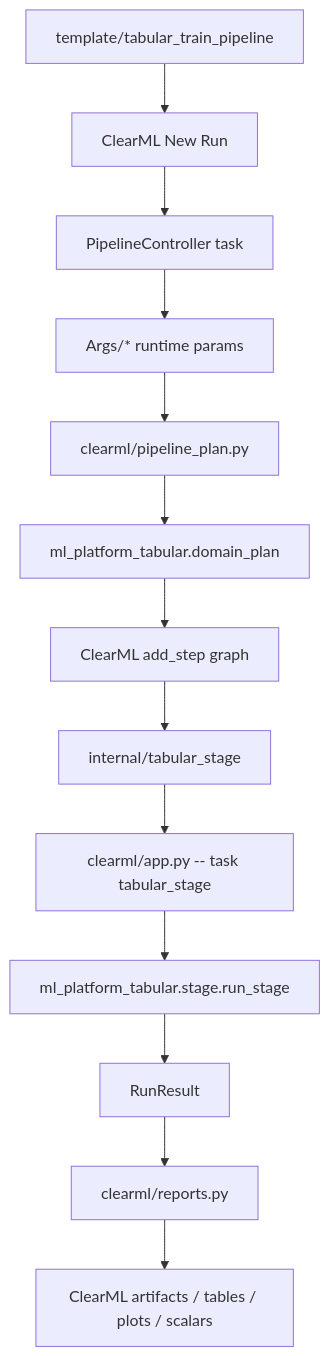
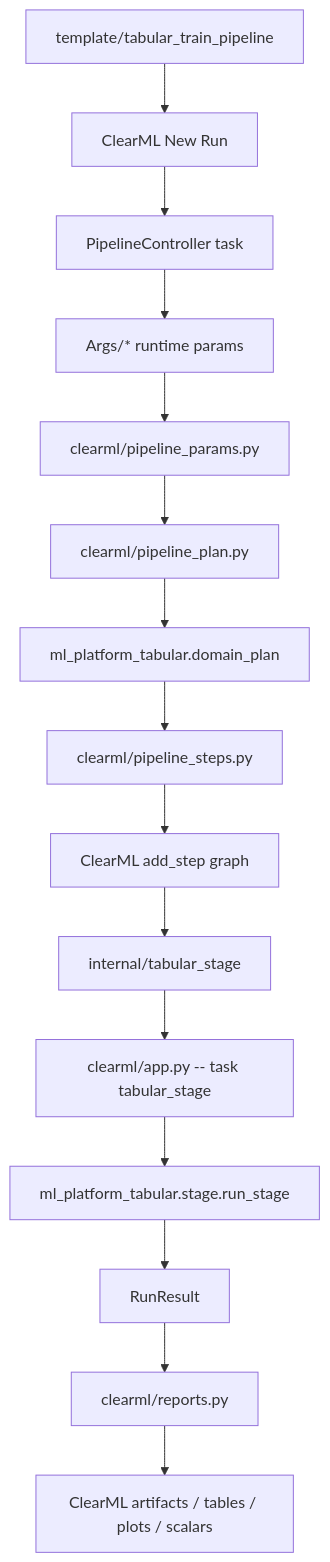
Before and after one commit to dkawa2523/ml_platform: the fourth of 9 diagrams in Reviewwer.md, drawn with Mermaid. The commit also changed other lines of this file and 128 other files, not shown here.

Commit message:
refactor: simplify platform architecture

````diff
--- a/Reviewwer.md
+++ b/Reviewwer.md
@@ -140,15 +145,17 @@
 ```mermaid
 flowchart TB
   Template["template/tabular_train_pipeline"] --> NewRun["ClearML New Run"]
   NewRun --> PipelineTask["PipelineController task"]
   PipelineTask --> Args["Args/* runtime params"]
-  Args --> Plan["clearml/pipeline_plan.py"]
+  Args --> ParamsPlan["clearml/pipeline_params.py"]
+  ParamsPlan --> Plan["clearml/pipeline_plan.py"]
   Plan --> DomainPlan["ml_platform_tabular.domain_plan"]
-  DomainPlan --> Steps["ClearML add_step graph"]
+  DomainPlan --> StepRender["clearml/pipeline_steps.py"]
+  StepRender --> Steps["ClearML add_step graph"]
   Steps --> StageTemplate["internal/tabular_stage"]
   StageTemplate --> StageTask["clearml/app.py -- task tabular_stage"]
   StageTask --> StageRunner["ml_platform_tabular.stage.run_stage"]
   StageRunner --> StageResult["RunResult"]
   StageResult --> Reports["clearml/reports.py"]
   Reports --> ClearMLUI["ClearML artifacts / tables / plots / scalars"]
 ```
````
